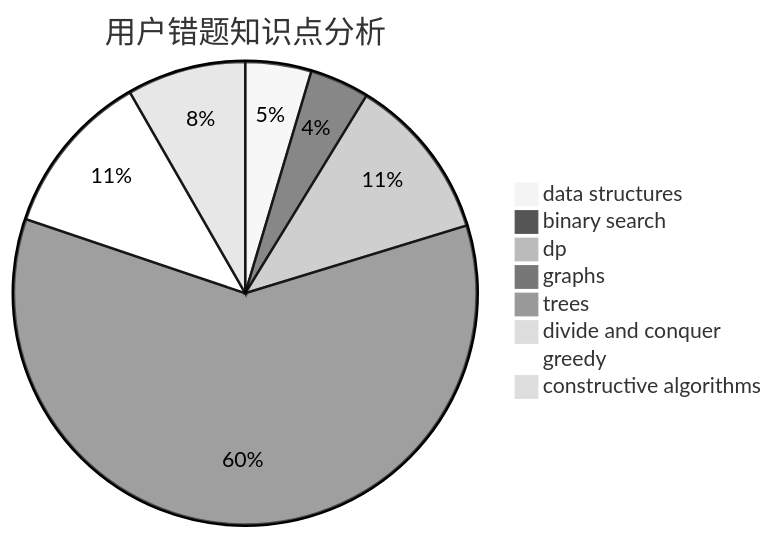
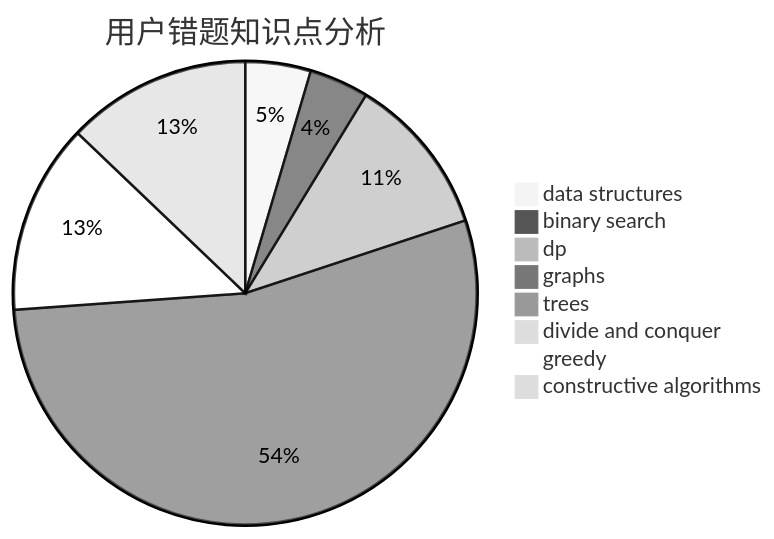
Before and after one commit to sherpahu/cfrs.github.io: the third of 3 diagrams in docs/user/u2128.md, drawn with Mermaid (neutral theme). The commit also changed other lines of this file and 2770 other files, not shown here.

````diff
--- a/docs/user/u2128.md
+++ b/docs/user/u2128.md
@@ -36,11 +36,11 @@
 ```mermaid
 pie title 用户错题知识点分析
-    "data structures" :  10
-    "binary search" :  9
-    "dp" :  25
+    "data structures" :  11
+    "binary search" :  10
+    "dp" :  27
     "graphs" :  130
     "trees" :  1
     "divide and conquer" :  0
-    "greedy" :  25
-    "constructive algorithms" :  18
+    "greedy" :  32
+    "constructive algorithms" :  31
 ```
````
